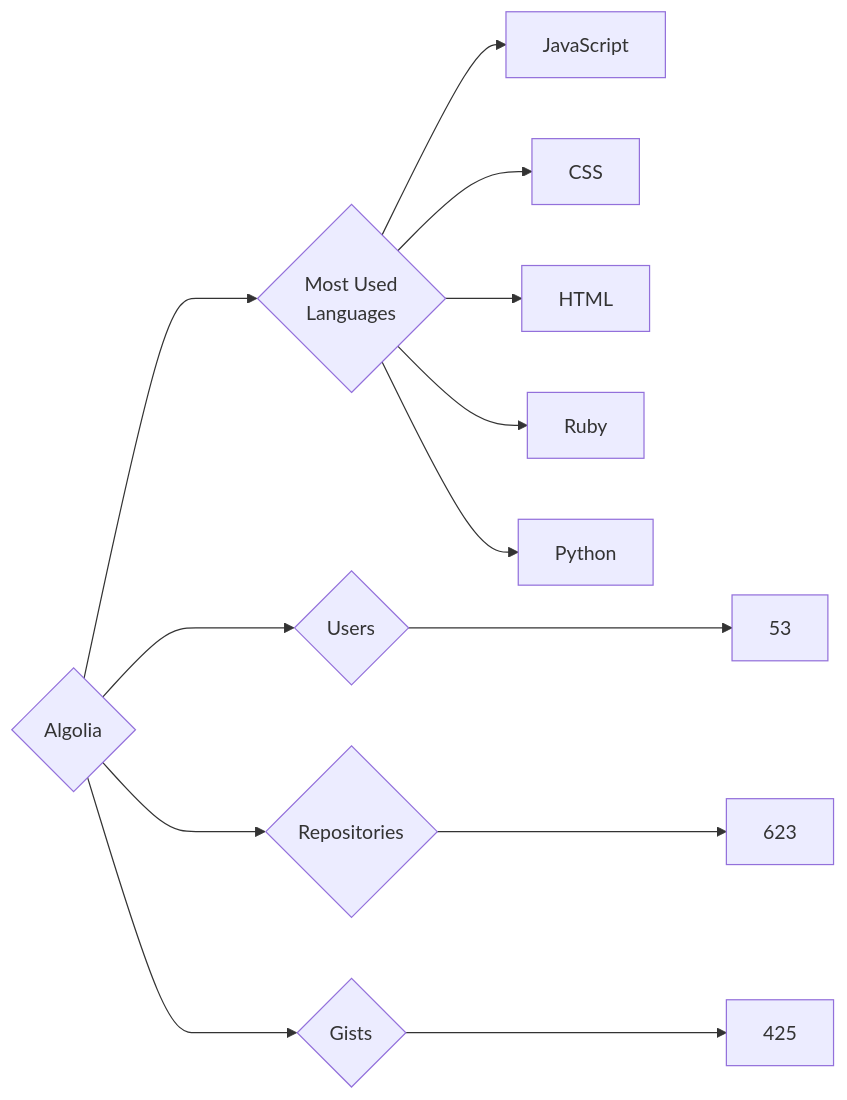
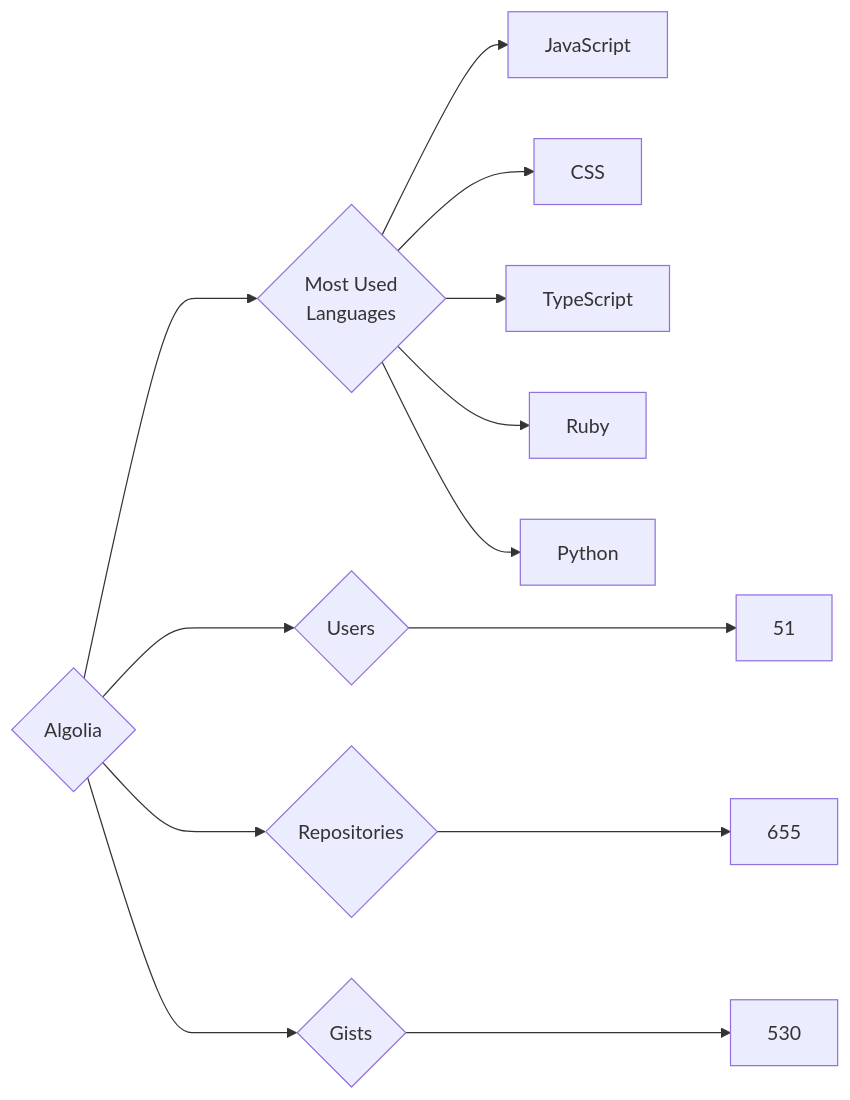
Before and after one commit to trickest/insiders: the diagram in targets/Algolia/README.md, drawn with Mermaid. The commit also changed 965 other files, not shown here.

````diff
--- a/targets/Algolia/README.md
+++ b/targets/Algolia/README.md
@@ -3,13 +3,13 @@
 ```mermaid
 graph LR
 COMPANY_NAME{Algolia}
-COMPANY_NAME ---> U{Users} ---> UN[53]
-COMPANY_NAME ---> R{Repositories} ---> RN[623]
-COMPANY_NAME ---> G{Gists} ---> GN[425]
+COMPANY_NAME ---> U{Users} ---> UN[51]
+COMPANY_NAME ---> R{Repositories} ---> RN[655]
+COMPANY_NAME ---> G{Gists} ---> GN[530]
 COMPANY_NAME ---> ML{Most Used<br>Languages}
 ML --> JavaScript[JavaScript]
 ML --> CSS[CSS]
-ML --> HTML[HTML]
+ML --> TypeScript[TypeScript]
 ML --> Ruby[Ruby]
 ML --> Python[Python]
 ```
````
